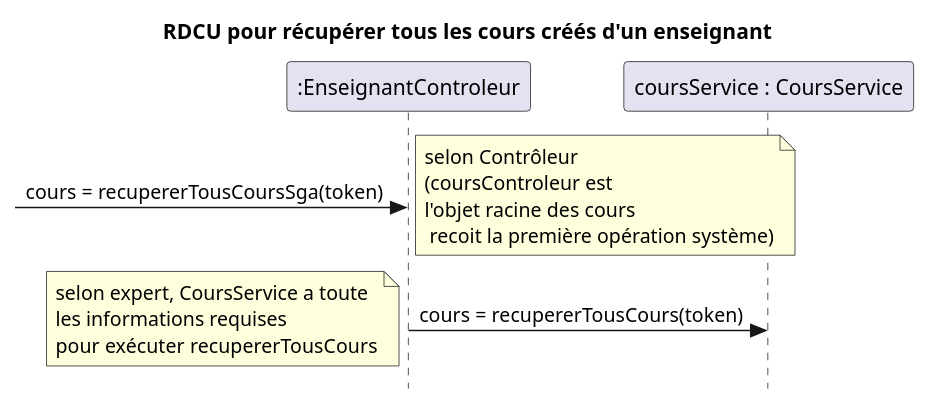
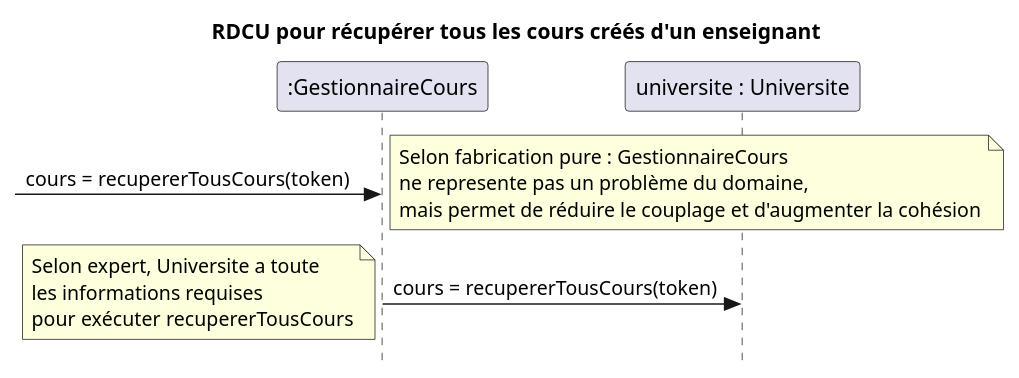
Before and after one commit to nerdz88/SGA-TS: the first of 2 diagrams in docs/Récupérer cours/RDCU_Recuperer_Cours.puml, drawn with PlantUML. The commit also changed other lines of this file and 7 other files, not shown here.

```diff
--- a/docs/Récupérer cours/RDCU_Recuperer_Cours.puml
+++ b/docs/Récupérer cours/RDCU_Recuperer_Cours.puml
@@ -1,12 +1,12 @@
 @startuml récupérer tous les cours créés
 skinparam style strictuml
 skinparam defaultfontname Verdana
 title RDCU pour récupérer tous les cours créés d'un enseignant
-participant ":EnseignantControleur" as controleur
-participant "coursService : CoursService" as mapCours
+participant ":GestionnaireCours" as controleur
+participant "universite : Universite" as mapCours
 
-->controleur : cours = recupererTousCoursSga(token)
-note right : selon Contrôleur\n(coursControleur est\nl'objet racine des cours\n recoit la première opération système)
+->controleur : cours = recupererTousCours(token)
+note left : Selon fabrication pure : GestionnaireCours\nne represente pas un problème du domaine,\nmais permet de réduire le couplage et d'augmenter la cohésion
 controleur -> mapCours : cours = recupererTousCours(token)
-note left : selon expert, CoursService a toute\nles informations requises\npour exécuter recupererTousCours
+note left : Selon expert, Universite a toute\nles informations requises\npour exécuter recupererTousCours
 @enduml
```
